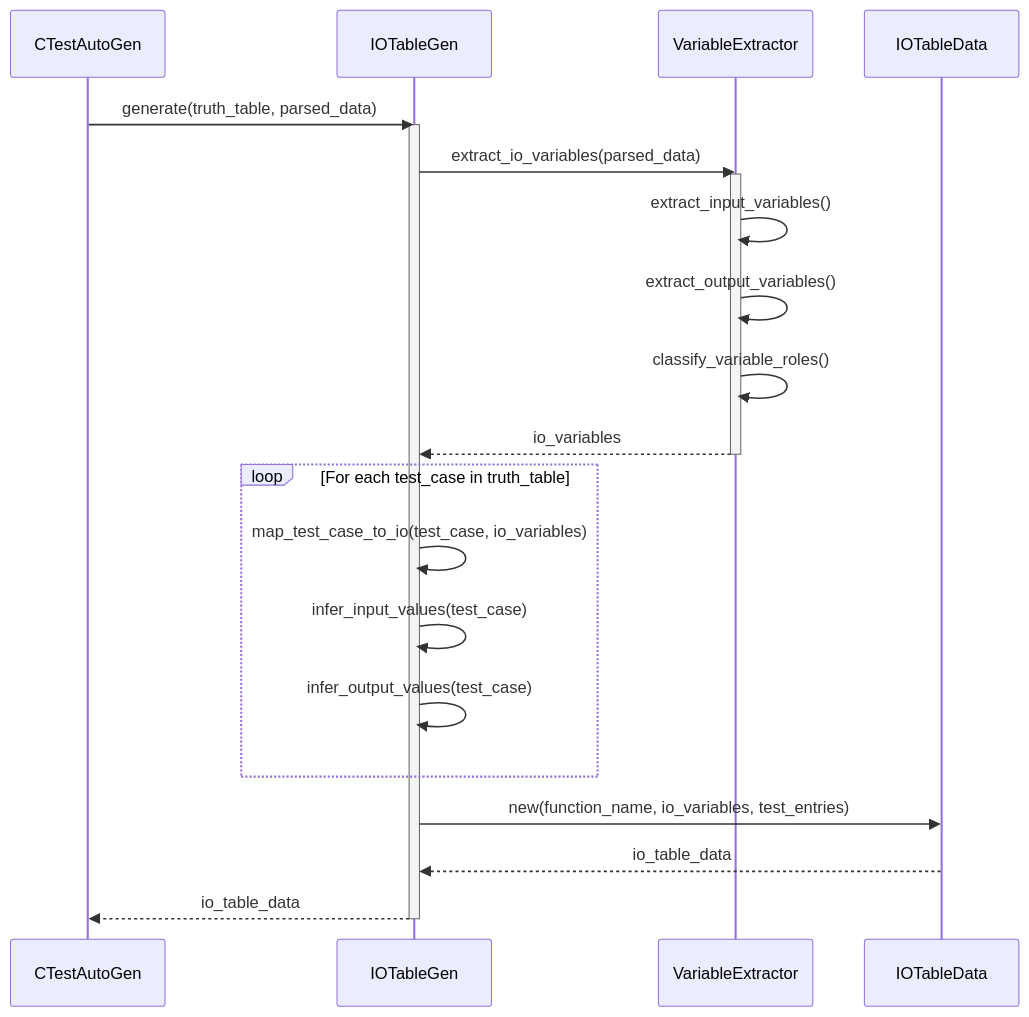
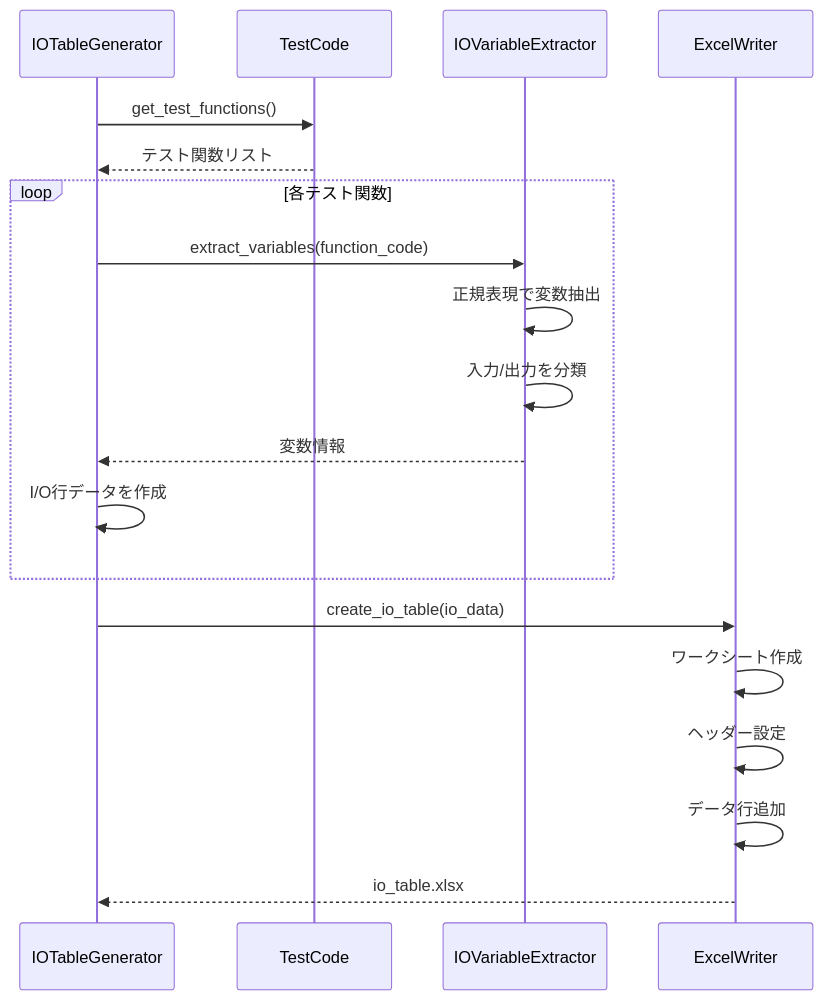
Before and after one commit to ryu5791/AutoUniTestGen: the sixth of 7 diagrams in doc/design_sequence_diagram.md, drawn with Mermaid. The commit also changed other lines of this file and 1 other file, not shown here.

Commit message:
シーケンス、クラス図更新

````diff
--- a/doc/design_sequence_diagram.md
+++ b/doc/design_sequence_diagram.md
@@ -369,32 +195,25 @@
 ```mermaid
 sequenceDiagram
-    participant CTestAutoGen
-    participant IOTableGen
-    participant VariableExtractor
-    participant IOTableData
+    participant IOGen as IOTableGenerator
+    participant TestCode as TestCode
+    participant Parser as IOVariableExtractor
+    participant Excel as ExcelWriter
     
-    CTestAutoGen->>IOTableGen: generate(truth_table, parsed_data)
-    activate IOTableGen
+    IOGen->>TestCode: get_test_functions()
+    TestCode-->>IOGen: テスト関数リスト
     
-    IOTableGen->>VariableExtractor: extract_io_variables(parsed_data)
-    activate VariableExtractor
-    
-    VariableExtractor->>VariableExtractor: extract_input_variables()
-    VariableExtractor->>VariableExtractor: extract_output_variables()
-    VariableExtractor->>VariableExtractor: classify_variable_roles()
-    
-    VariableExtractor-->>IOTableGen: io_variables
-    deactivate VariableExtractor
-    
-    loop For each test_case in truth_table
-        IOTableGen->>IOTableGen: map_test_case_to_io(test_case, io_variables)
-        IOTableGen->>IOTableGen: infer_input_values(test_case)
-        IOTableGen->>IOTableGen: infer_output_values(test_case)
+    loop 各テスト関数
+        IOGen->>Parser: extract_variables(function_code)
+        Parser->>Parser: 正規表現で変数抽出
+        Parser->>Parser: 入力/出力を分類
+        Parser-->>IOGen: 変数情報
+        
+        IOGen->>IOGen: I/O行データを作成
     end
     
-    IOTableGen->>IOTableData: new(function_name, io_variables, test_entries)
-    IOTableData-->>IOTableGen: io_table_data
-    
-    IOTableGen-->>CTestAutoGen: io_table_data
-    deactivate IOTableGen
+    IOGen->>Excel: create_io_table(io_data)
+    Excel->>Excel: ワークシート作成
+    Excel->>Excel: ヘッダー設定
+    Excel->>Excel: データ行追加
+    Excel-->>IOGen: io_table.xlsx
 ```
````
